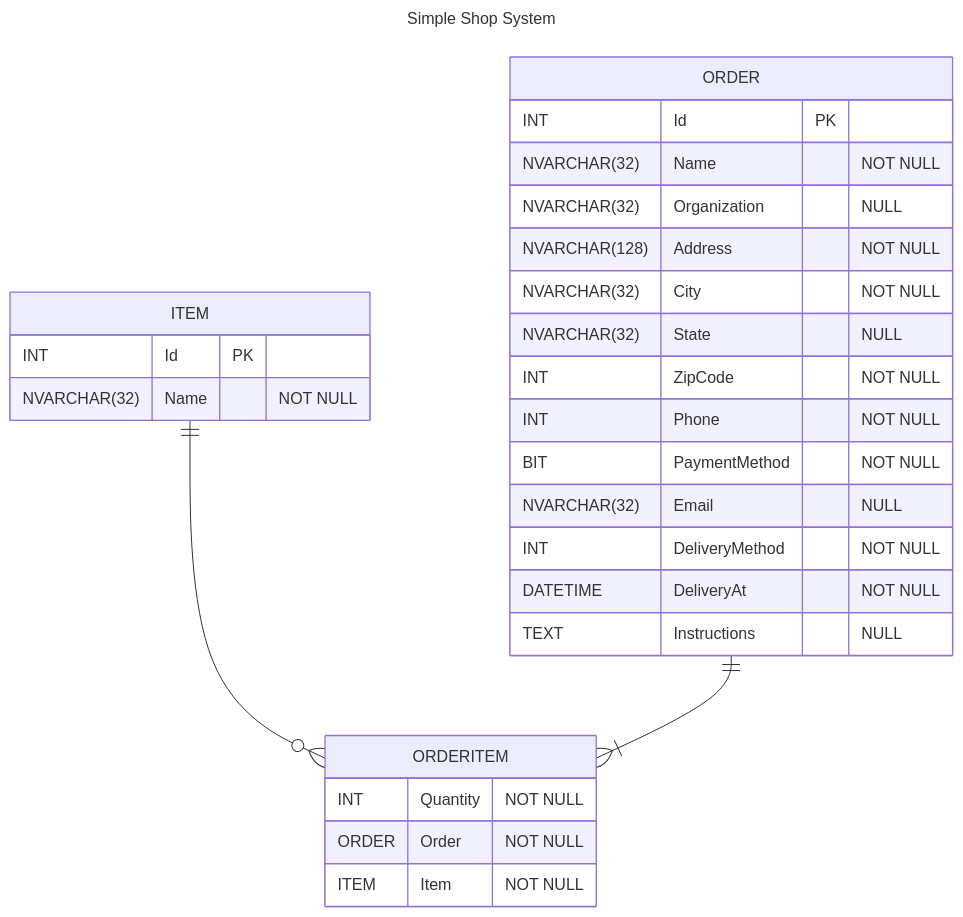
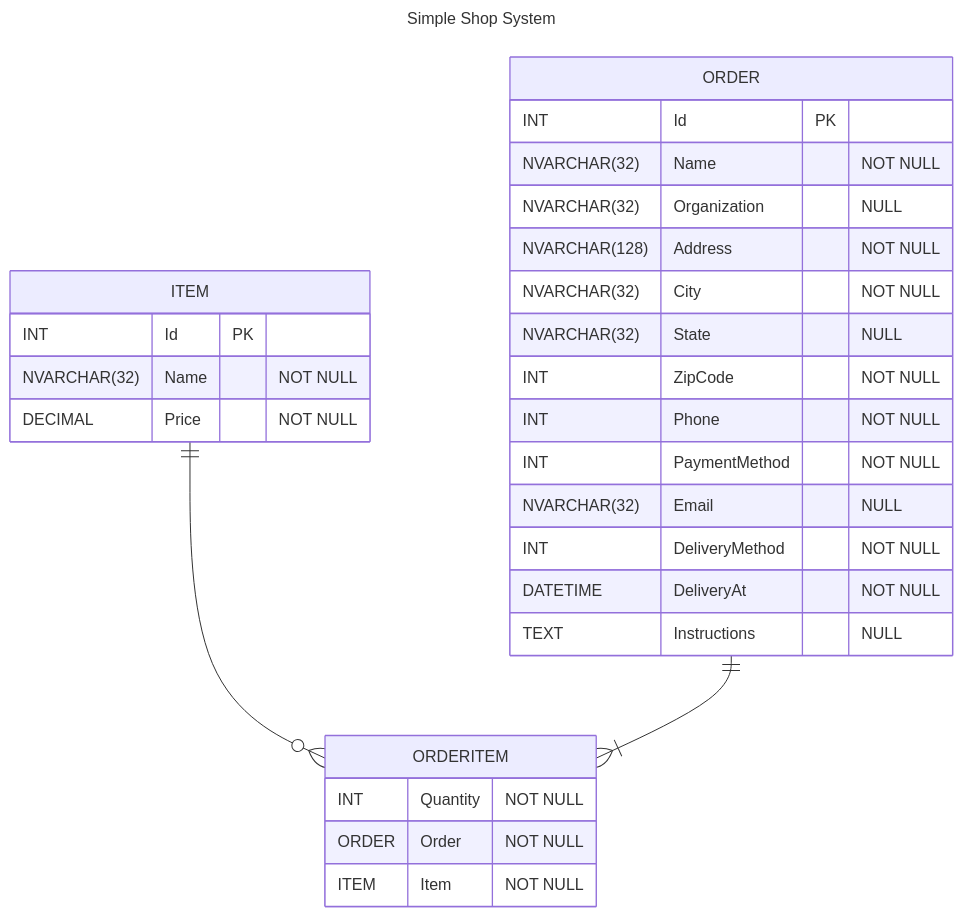
The diagram in README.md (jokk-itu/simple-shop), drawn with Mermaid before and after one commit.

Commit message:
update: correct some values in er diagram

````diff
--- a/README.md
+++ b/README.md
@@ -6,35 +6,36 @@
 ```mermaid
 ---
 title: Simple Shop System
 ---
 erDiagram
 ORDER {
     INT Id PK
     NVARCHAR(32) Name "NOT NULL"
     NVARCHAR(32) Organization "NULL"
     NVARCHAR(128) Address "NOT NULL"
     NVARCHAR(32) City "NOT NULL"
     NVARCHAR(32) State "NULL"
     INT ZipCode "NOT NULL"
     INT Phone "NOT NULL"
-    BIT PaymentMethod "NOT NULL"
+    INT PaymentMethod "NOT NULL"
     NVARCHAR(32) Email "NULL"
     INT DeliveryMethod "NOT NULL"
     DATETIME DeliveryAt "NOT NULL"
     TEXT Instructions "NULL"
 }
 
 ORDERITEM {
     INT Quantity "NOT NULL"
     ORDER Order "NOT NULL"
     ITEM Item "NOT NULL"
 }
 
 ITEM {
     INT Id PK
     NVARCHAR(32) Name "NOT NULL"
+    DECIMAL Price "NOT NULL"
 }
 
 ITEM ||--o{ ORDERITEM : ""
 ORDER ||--|{ ORDERITEM : ""
 ```
````
